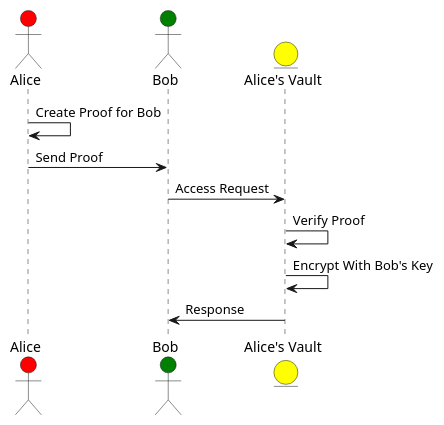
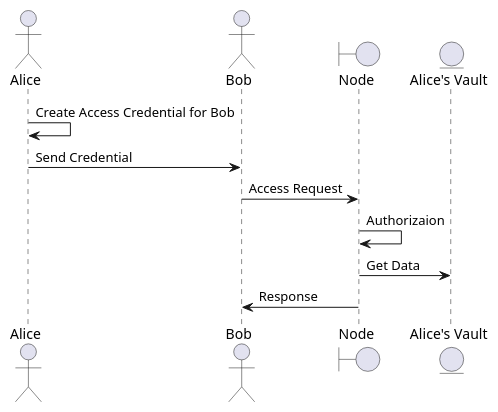
One commit to bytehubplus/fusion changed the diagram in design/vault_share.puml. Above: the diagram before and after it, drawn with PlantUML. The commit also changed 16 other files, not shown here.

```diff
--- a/design/vault_share.puml
+++ b/design/vault_share.puml
@@ -1,12 +1,13 @@
 @startuml
-actor  Alice #red
-actor  Bob #green
-entity "Alice's Vault" as AV #yellow
+actor  Alice 
+actor  Bob 
+boundary Node
+entity "Alice's Vault" as AV 
 
-Alice -> Alice: Create Proof for Bob
-Alice -> Bob: Send Proof
-Bob -> AV: Access Request
-AV -> AV: Verify Proof
-AV -> AV: Encrypt With Bob's Key
-AV -> Bob: Response
+Alice -> Alice: Create Access Credential for Bob
+Alice -> Bob: Send Credential
+Bob -> Node: Access Request
+Node -> Node: Authorizaion
+Node -> AV: Get Data
+Node -> Bob: Response
 @enduml
```
